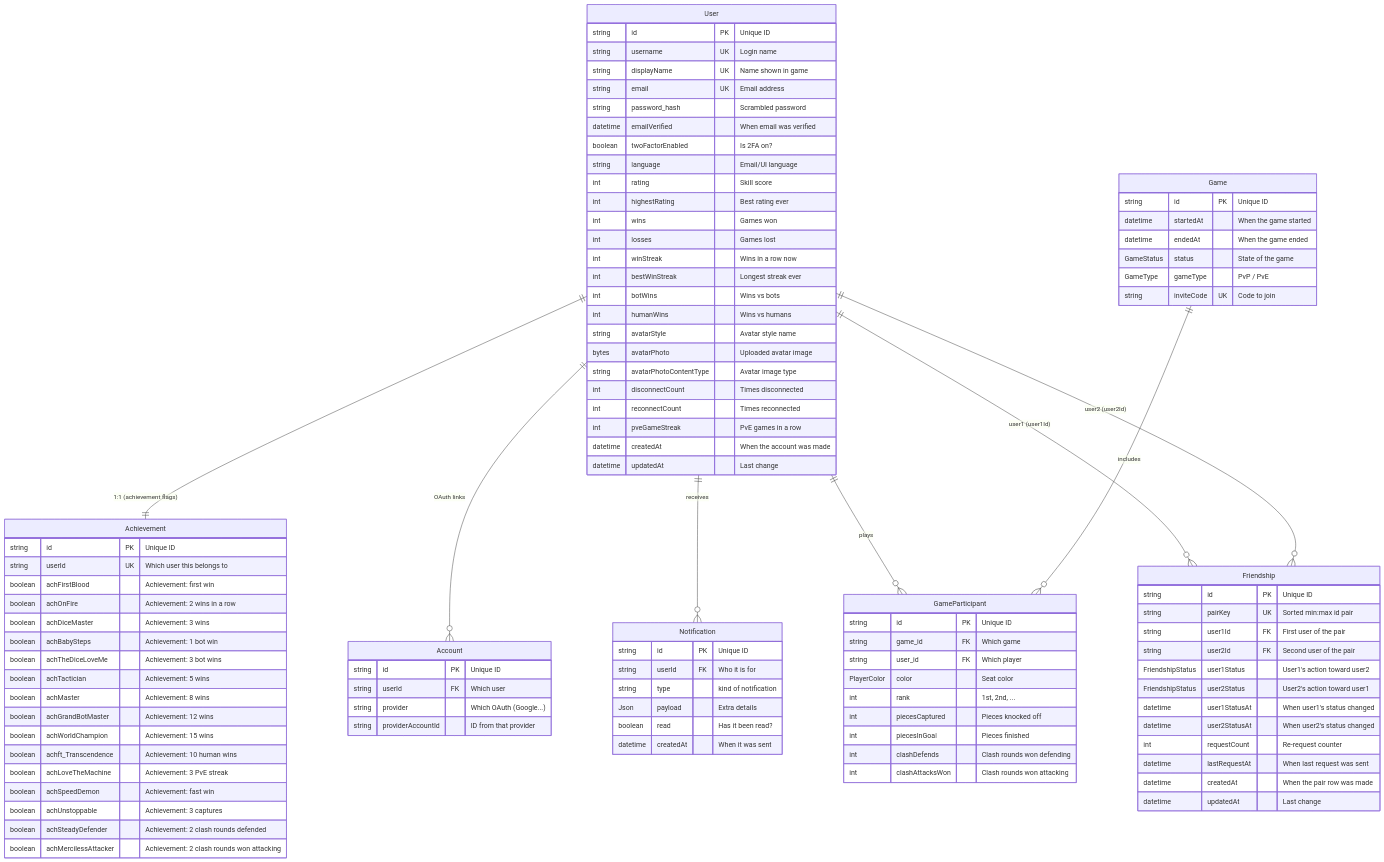
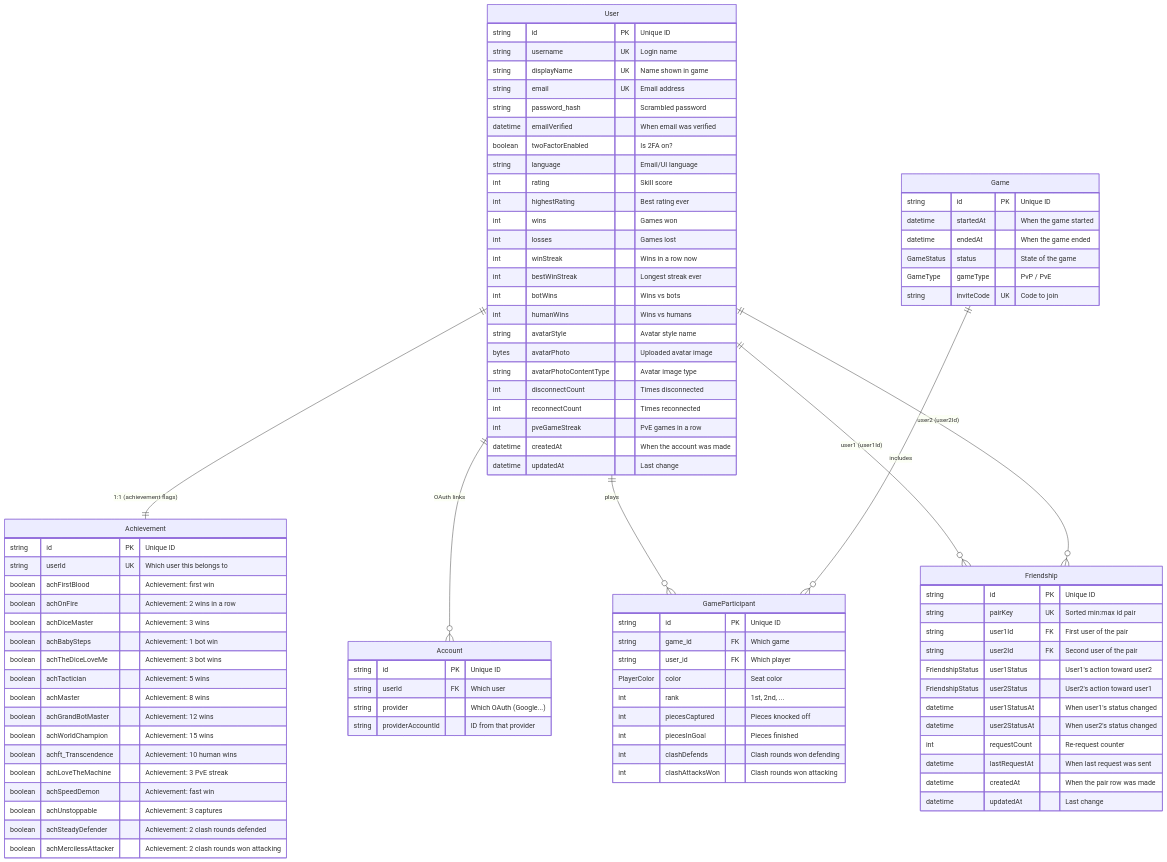
Before and after one commit to IrmaJoKerr/ft_transcendence-ludo: the diagram in docs/backend/backend-database-schema-system.md, drawn with Mermaid. The commit also changed other lines of this file and 32 other files, not shown here.

````diff
--- a/docs/backend/backend-database-schema-system.md
+++ b/docs/backend/backend-database-schema-system.md
@@ -320,7 +300,6 @@
 erDiagram
     User ||--|| Achievement : "1:1 (achievement flags)"
     User ||--o{ Account : "OAuth links"
-    User ||--o{ Notification : "receives"
     User ||--o{ GameParticipant : "plays"
     User ||--o{ Friendship : "user1 (user1Id)"
     User ||--o{ Friendship : "user2 (user2Id)"
@@ -410,12 +389,4 @@
         datetime createdAt "When the pair row was made"
         datetime updatedAt "Last change"
     }
-    Notification {
-        string id PK "Unique ID"
-        string userId FK "Who it is for"
-        string type "kind of notification"
-        Json payload "Extra details"
-        boolean read "Has it been read?"
-        datetime createdAt "When it was sent"
-    }
 ```
````
